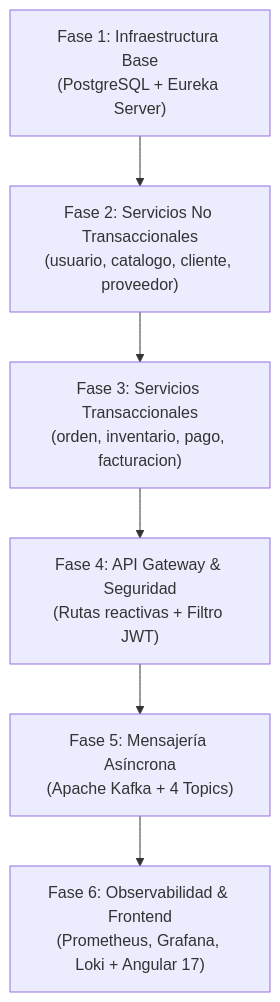
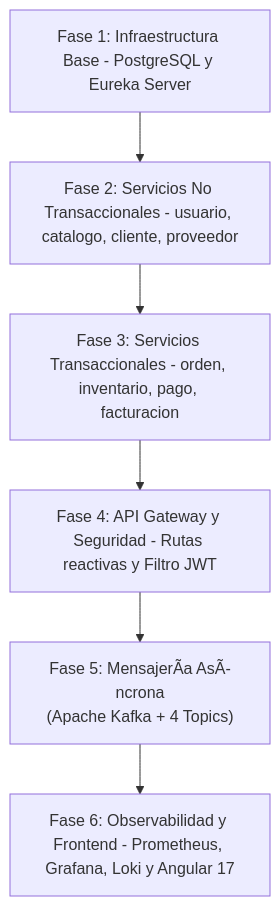
Before and after one commit to rbn-69-cod/MediZano_microservicios: the diagram in docs/proyecto-sello/guia-construccion-paso-a-paso.md, drawn with Mermaid. The commit also changed other lines of this file and 4 other files, not shown here.

Commit message:
fix(docs): corregir sintaxis mermaid v11 y caracteres especiales en diagramas

````diff
--- a/docs/proyecto-sello/guia-construccion-paso-a-paso.md
+++ b/docs/proyecto-sello/guia-construccion-paso-a-paso.md
@@ -22,8 +22,8 @@
 ```mermaid
 flowchart TD
-    F1["Fase 1: Infraestructura Base\n(PostgreSQL + Eureka Server)"] --> F2["Fase 2: Servicios No Transaccionales\n(usuario, catalogo, cliente, proveedor)"]
-    F2 --> F3["Fase 3: Servicios Transaccionales\n(orden, inventario, pago, facturacion)"]
-    F3 --> F4["Fase 4: API Gateway & Seguridad\n(Rutas reactivas + Filtro JWT)"]
-    F4 --> F5["Fase 5: Mensajería Asíncrona\n(Apache Kafka + 4 Topics)"]
-    F5 --> F6["Fase 6: Observabilidad & Frontend\n(Prometheus, Grafana, Loki + Angular 17)"]
+    F1["Fase 1: Infraestructura Base - PostgreSQL y Eureka Server"] --> F2["Fase 2: Servicios No Transaccionales - usuario, catalogo, cliente, proveedor"]
+    F2 --> F3["Fase 3: Servicios Transaccionales - orden, inventario, pago, facturacion"]
+    F3 --> F4["Fase 4: API Gateway y Seguridad - Rutas reactivas y Filtro JWT"]
+    F4 --> F5["Fase 5: MensajerÃ­a AsÃ­ncrona\n(Apache Kafka + 4 Topics)"]
+    F5 --> F6["Fase 6: Observabilidad y Frontend - Prometheus, Grafana, Loki y Angular 17"]
 ```
````
